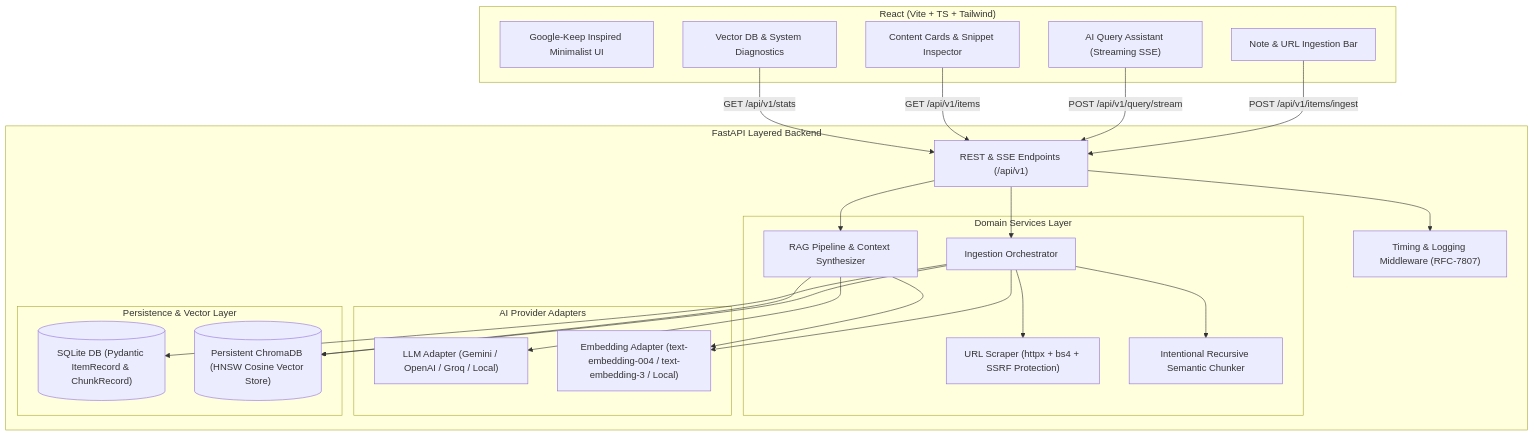
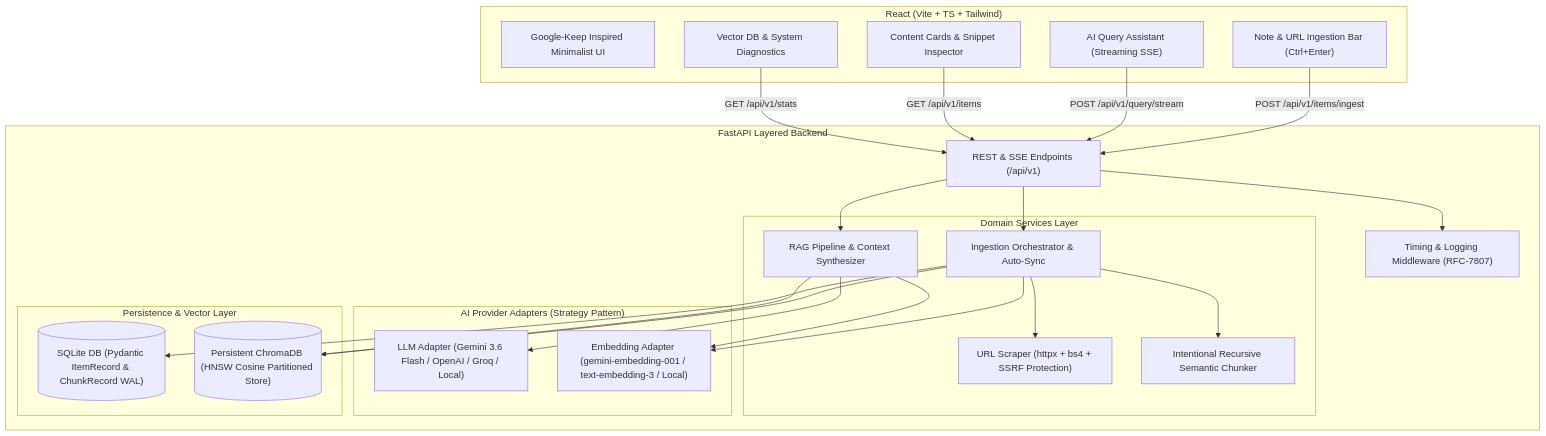
One commit to Vignesh142/ai-knowledge-inbox changed the diagram in README.md. Above: the diagram before and after it, drawn with Mermaid. The commit also changed other lines of this file and 1 other file, not shown here.

````diff
--- a/README.md
+++ b/README.md
@@ -13,51 +29,51 @@
 ```mermaid
 flowchart TB
     subgraph Frontend["React (Vite + TS + Tailwind)"]
         UI["Google-Keep Inspired Minimalist UI"]
-        IngestUI["Note & URL Ingestion Bar"]
+        IngestUI["Note & URL Ingestion Bar (Ctrl+Enter)"]
         CardsGrid["Content Cards & Snippet Inspector"]
         ChatDrawer["AI Query Assistant (Streaming SSE)"]
         DiagModal["Vector DB & System Diagnostics"]
     end
 
     subgraph Backend["FastAPI Layered Backend"]
         API["REST & SSE Endpoints (/api/v1)"]
         Middleware["Timing & Logging Middleware (RFC-7807)"]
         
         subgraph Services["Domain Services Layer"]
             Scraper["URL Scraper (httpx + bs4 + SSRF Protection)"]
             Chunker["Intentional Recursive Semantic Chunker"]
-            IngestSvc["Ingestion Orchestrator"]
+            IngestSvc["Ingestion Orchestrator & Auto-Sync"]
             RAGSvc["RAG Pipeline & Context Synthesizer"]
         end
 
-        subgraph Adapters["AI Provider Adapters"]
-            LLMAdapt["LLM Adapter (Gemini / OpenAI / Groq / Local)"]
-            EmbAdapt["Embedding Adapter (text-embedding-004 / text-embedding-3 / Local)"]
+        subgraph Adapters["AI Provider Adapters (Strategy Pattern)"]
+            LLMAdapt["LLM Adapter (Gemini 3.6 Flash / OpenAI / Groq / Local)"]
+            EmbAdapt["Embedding Adapter (gemini-embedding-001 / text-embedding-3 / Local)"]
         end
 
         subgraph Storage["Persistence & Vector Layer"]
-            SQLite[("SQLite DB (Pydantic ItemRecord & ChunkRecord)")]
-            Chroma[("Persistent ChromaDB (HNSW Cosine Vector Store)")]
+            SQLite[("SQLite DB (Pydantic ItemRecord & ChunkRecord WAL)")]
+            Chroma[("Persistent ChromaDB (HNSW Cosine Partitioned Store)")]
         end
     end
 
     IngestUI -->|POST /api/v1/items/ingest| API
     ChatDrawer -->|POST /api/v1/query/stream| API
     CardsGrid -->|GET /api/v1/items| API
     DiagModal -->|GET /api/v1/stats| API
 
     API --> Middleware
     API --> IngestSvc
     API --> RAGSvc
     
     IngestSvc --> Scraper
     IngestSvc --> Chunker
     IngestSvc --> EmbAdapt
     IngestSvc --> SQLite
     IngestSvc --> Chroma
 
     RAGSvc --> EmbAdapt
     RAGSvc --> Chroma
     RAGSvc --> LLMAdapt
 ```
````
